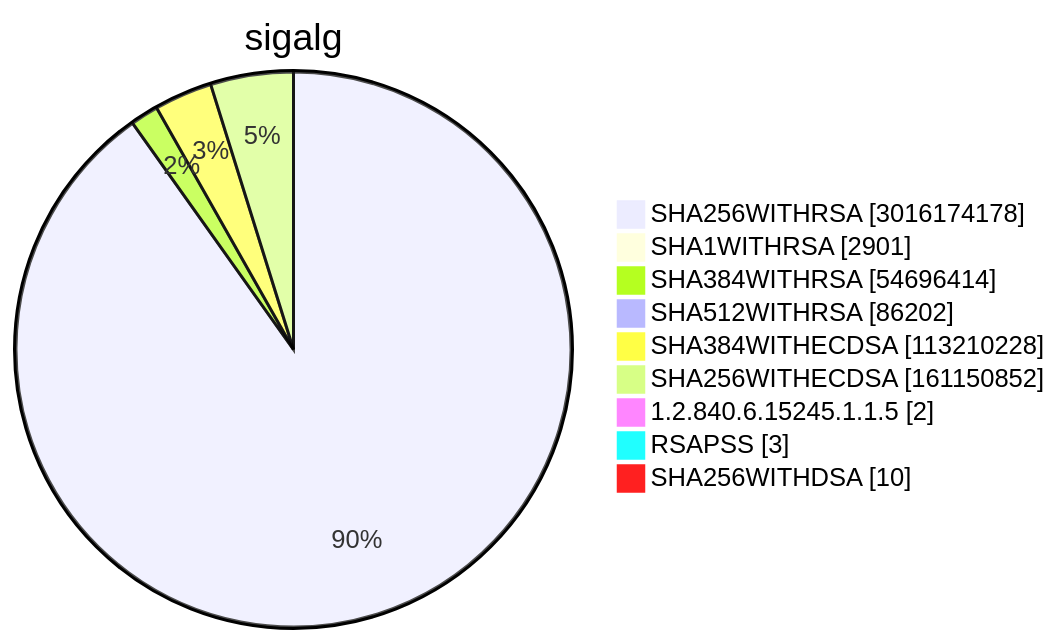
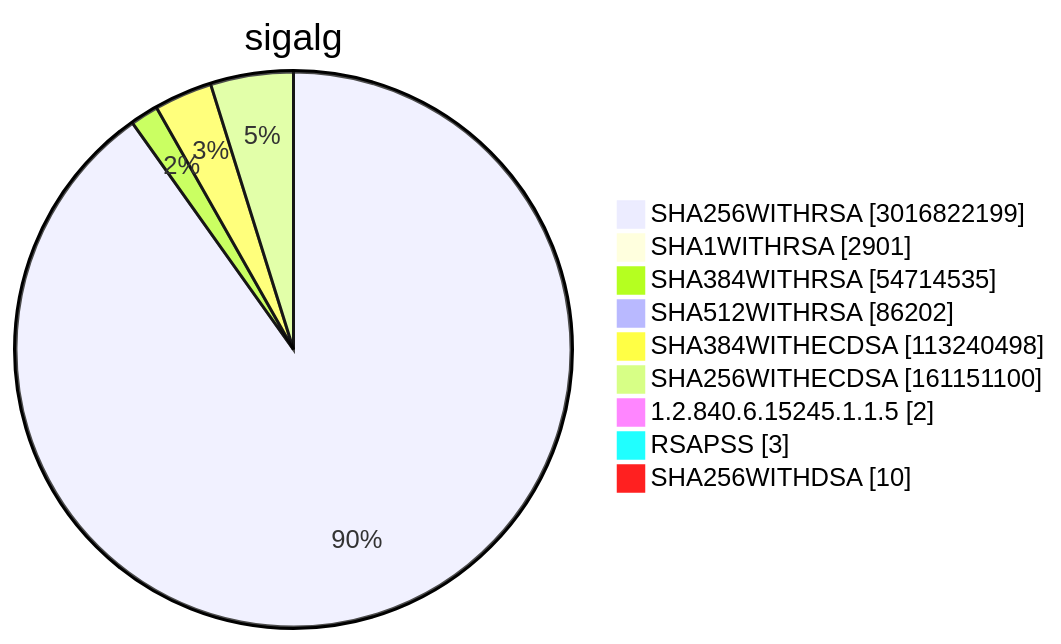
Before and after one commit to christiankrug/ctmonitor_visualization: diagram 15 of 15 in TOTAL/README.md, drawn with Mermaid. The commit also changed other lines of this file, not shown here.

````diff
--- a/TOTAL/README.md
+++ b/TOTAL/README.md
@@ -6208,13 +6208,13 @@
 ```mermaid
 pie showData
 title sigalg
-"SHA256WITHRSA" :3016174178
+"SHA256WITHRSA" :3016822199
 "SHA1WITHRSA" :2901
-"SHA384WITHRSA" :54696414
+"SHA384WITHRSA" :54714535
 "SHA512WITHRSA" :86202
-"SHA384WITHECDSA" :113210228
-"SHA256WITHECDSA" :161150852
+"SHA384WITHECDSA" :113240498
+"SHA256WITHECDSA" :161151100
 "1.2.840.6.15245.1.1.5" :2
 "RSAPSS" :3
 "SHA256WITHDSA" :10
 ```
````
